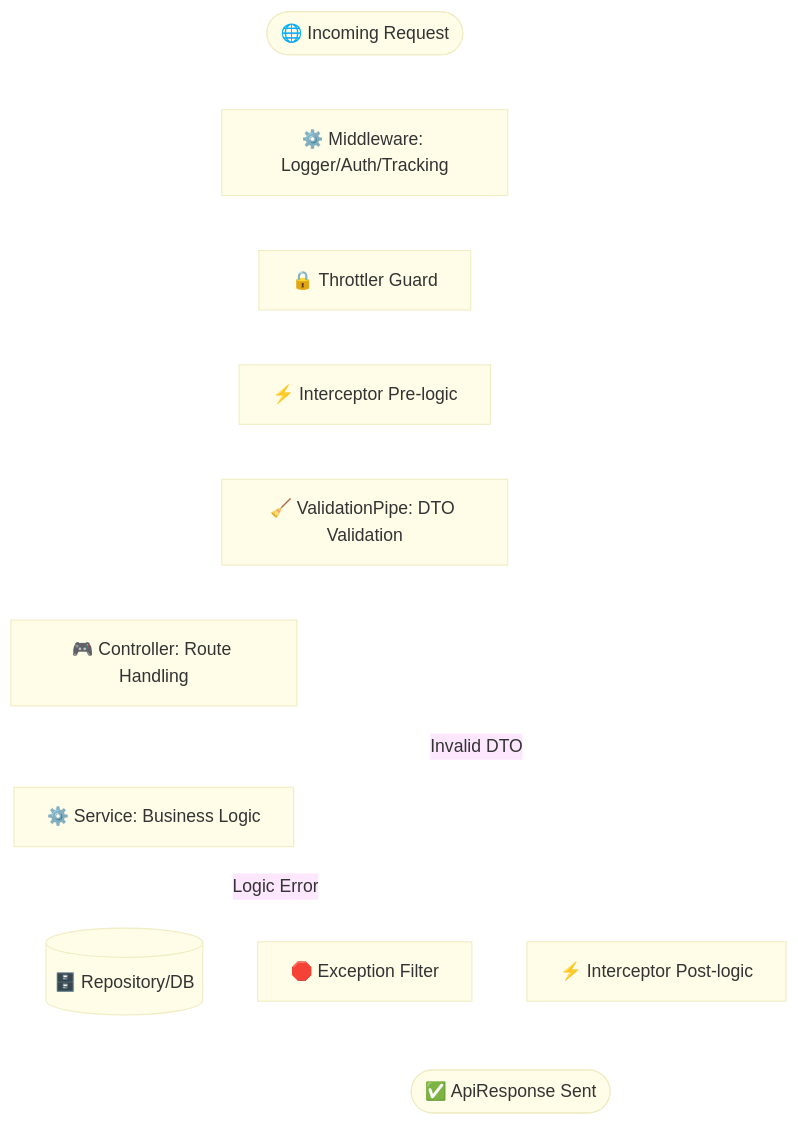
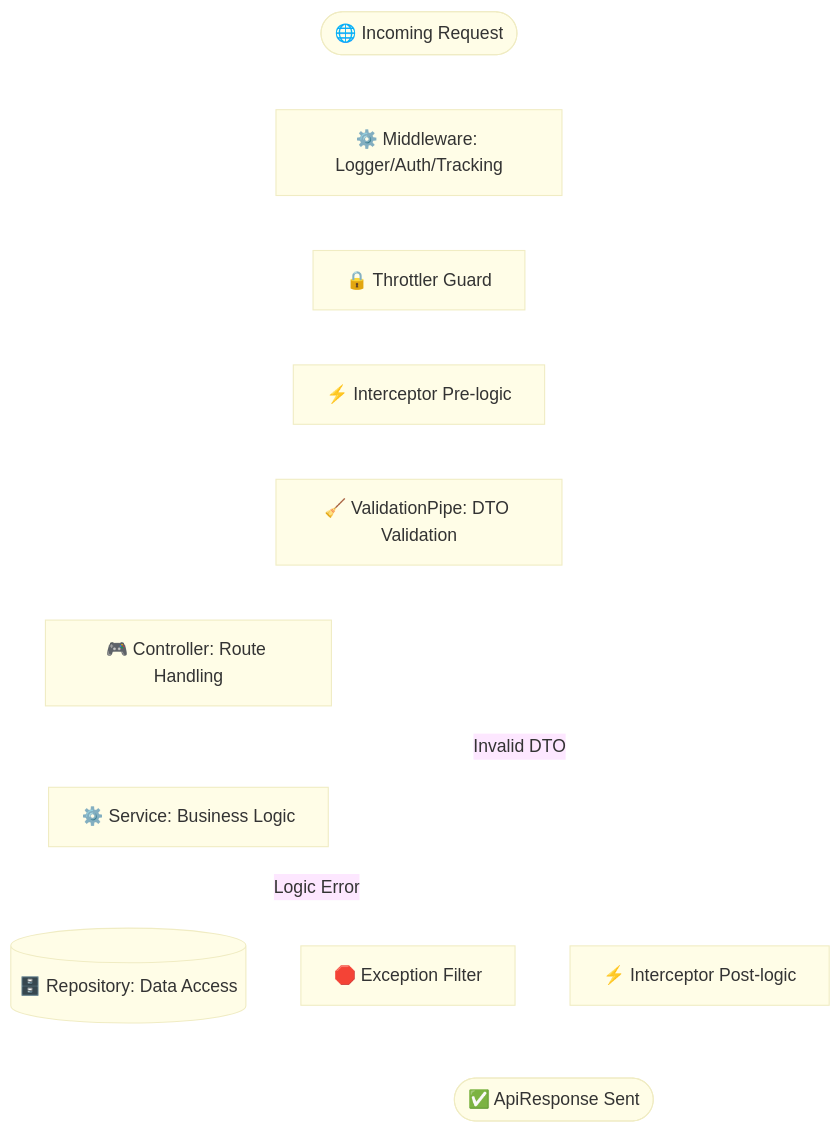
Before and after one commit to alvianzf/introduction-to-nest: the fifth of 5 diagrams in CODEBASE_ANALYSIS.md, drawn with Mermaid. The commit also changed other lines of this file, not shown here.

Commit message:
Correct architecture docs: Repository layer is implemented, not planned

````diff
--- a/CODEBASE_ANALYSIS.md
+++ b/CODEBASE_ANALYSIS.md
@@ -84,20 +84,20 @@
 ```mermaid
 %%{init: {'theme': 'base', 'themeVariables': { 'primaryColor': '#fffde7', 'edgeColor': '#ffffff', 'tertiaryColor': '#e0f7fa', 'lineColor': '#ffffff'}}}%%
 graph TD
     Request([🌐 Incoming Request]) --> Middleware[⚙️ Middleware: Logger/Auth/Tracking]
     Middleware --> Guard[🔒 Throttler Guard]
     Guard --> Interceptor_Pre[⚡ Interceptor Pre-logic]
     Interceptor_Pre --> Pipe[🧹 ValidationPipe: DTO Validation]
     Pipe --> Controller[🎮 Controller: Route Handling]
     Controller --> Service[⚙️ Service: Business Logic]
-    Service --> Repo[(🗄️ Repository/DB)]
+    Service --> Repo[(🗄️ Repository: Data Access)]
     Repo --> Service
     Service --> Controller
     Controller --> Interceptor_Post[⚡ Interceptor Post-logic]
     Interceptor_Post --> Response([✅ ApiResponse Sent])
     
     %% Error Path
     Pipe -. Invalid DTO .-> Filter[🛑 Exception Filter]
     Service -. Logic Error .-> Filter
     Filter --> Response
 ```
````
